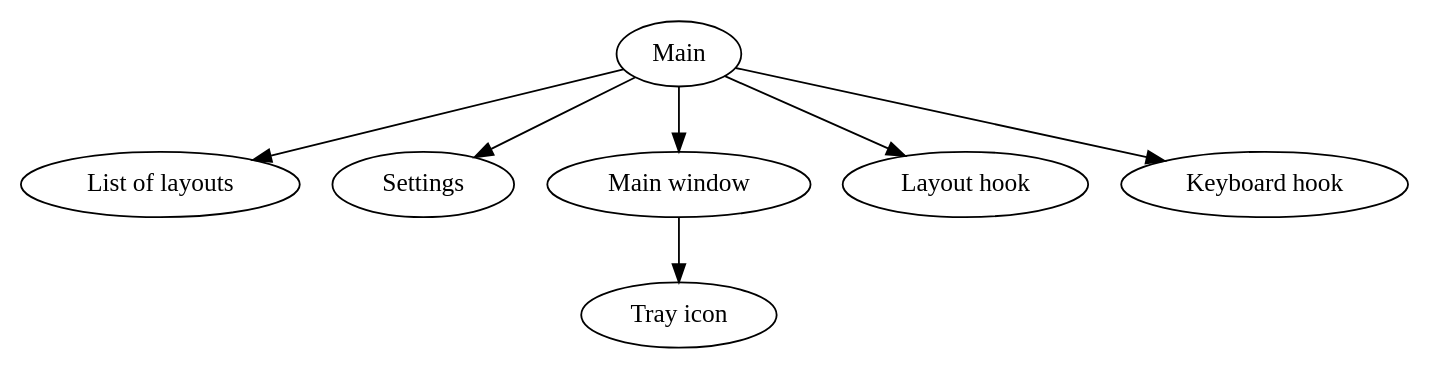
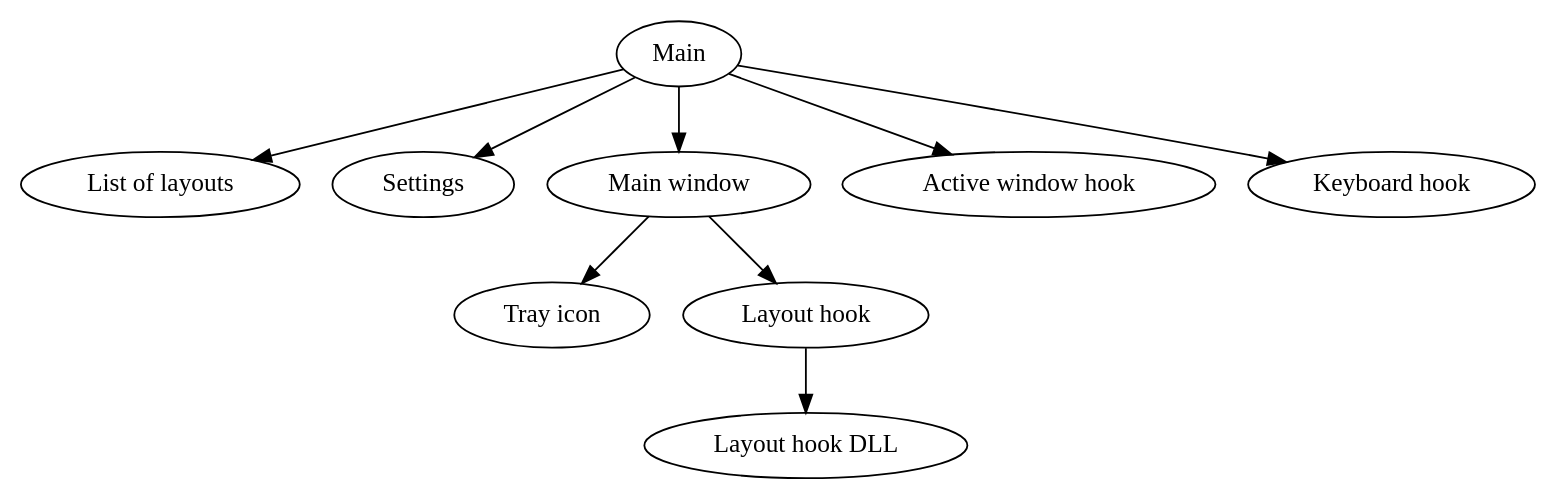
The diagram in diagrams/initialization.dot (Rudokhvist/keyla), drawn with Graphviz before and after one commit. The commit also changed 27 other files, not shown here.

Commit message:
(in progress) Fixing Issue 1. Tried to get keyboard layout in command prompt windows calling GetKeyboardLayout() within target process, but it did not help. I'll rollback in the next program revision.

```diff
--- a/diagrams/initialization.dot
+++ b/diagrams/initialization.dot
@@ -1,16 +1,20 @@
 digraph initialization{	
-	Main[pos="6,3!"]
-	Lol[label="List of layouts", pos="2,2!"]
-	Settings[pos="4,2!"]
-	Mw[label="Main window", pos="6,2!"]
-	Ti[label="Tray icon", pos="6,1!"]
-	Lh[label="Layout hook", pos="8,2!"]
-	Kh[label="Keyboard hook", pos="10,2!"]
+	Main
+	Lol[label="List of layouts"]
+	Settings[]
+	Mw[label="Main window"]
+	Ti[label="Tray icon"]
+	Lh[label="Layout hook"]
+	Lhd[label="Layout hook DLL"]
+	Ah[label="Active window hook"]
+	Kh[label="Keyboard hook"]
 	
 	Main -> Lol
 	Main -> Settings
 	Main -> Mw
 	Mw -> Ti
-	Main -> Lh
+	Mw -> Lh
+	Lh -> Lhd
+	Main -> Ah
 	Main -> Kh
 }
```
